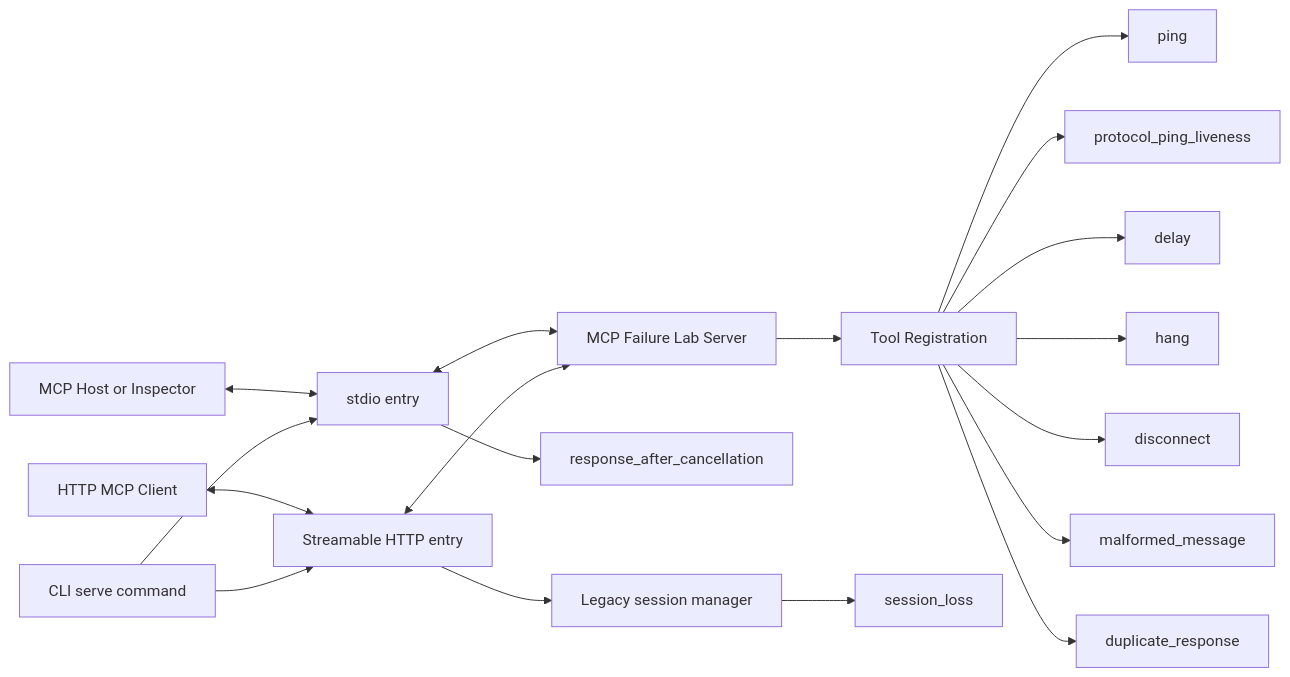
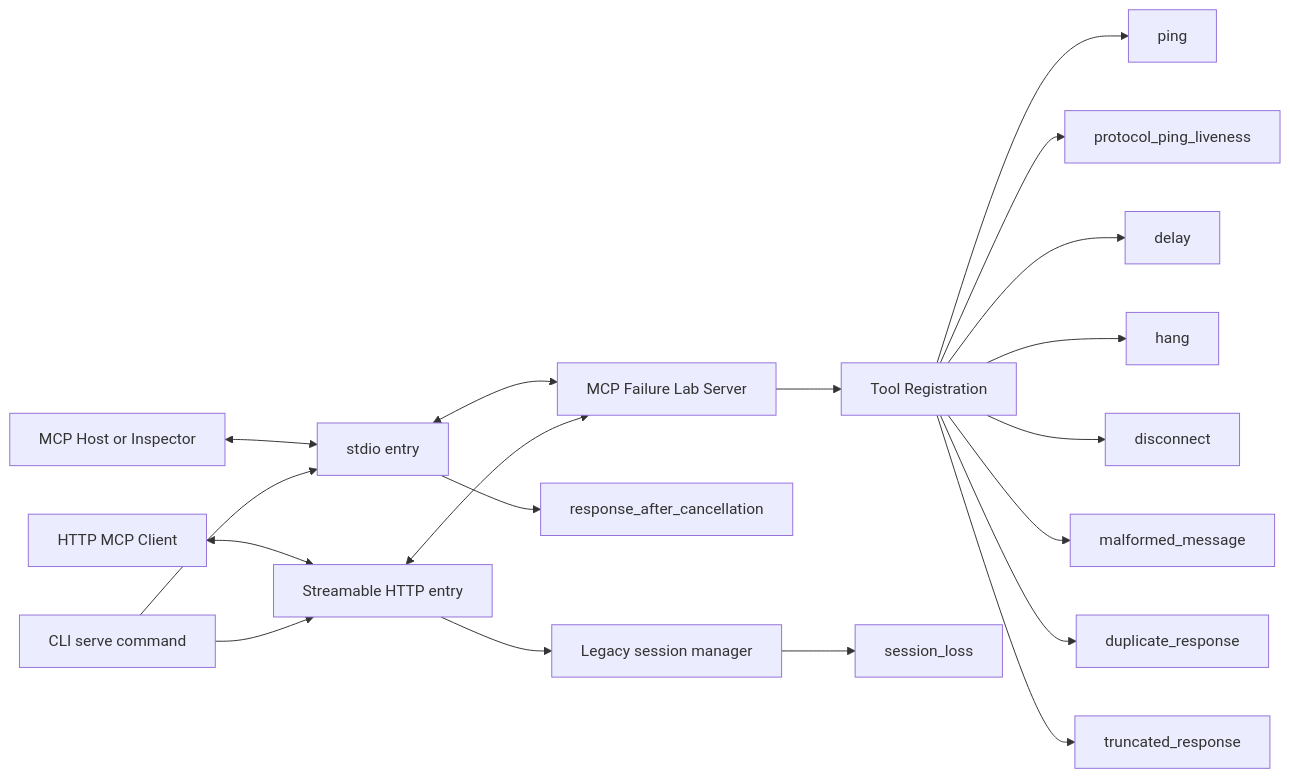
Before and after one commit to anilloutombam/mcplab.dev: the first of 5 diagrams in src/content/docs/docs/architecture.mdx, drawn with Mermaid. The commit also changed other lines of this file and 6 other files, not shown here.

First line of the commit message:
docs: document truncated response fault (#59)

````diff
--- a/src/content/docs/docs/architecture.mdx
+++ b/src/content/docs/docs/architecture.mdx
@@ -10,20 +10,21 @@
 ```mermaid
 graph LR
     Host[MCP Host or Inspector] <--> Stdio[stdio entry]
     HttpClient[HTTP MCP Client] <--> Http[Streamable HTTP entry]
     Stdio <--> Server[MCP Failure Lab Server]
     Http <--> Server
     Server --> Registration[Tool Registration]
     Registration --> Ping[ping]
     Registration --> Liveness[protocol_ping_liveness]
     Registration --> Delay[delay]
     Registration --> Hang[hang]
     Registration --> Disconnect[disconnect]
     Registration --> Malformed[malformed_message]
     Registration --> Duplicate[duplicate_response]
+    Registration --> Truncated[truncated_response]
     Stdio --> LateResponse[response_after_cancellation]
     Http --> LegacySessions[Legacy session manager]
     LegacySessions --> SessionLoss[session_loss]
     CLI[CLI serve command] --> Stdio
     CLI --> Http
 ```
````
